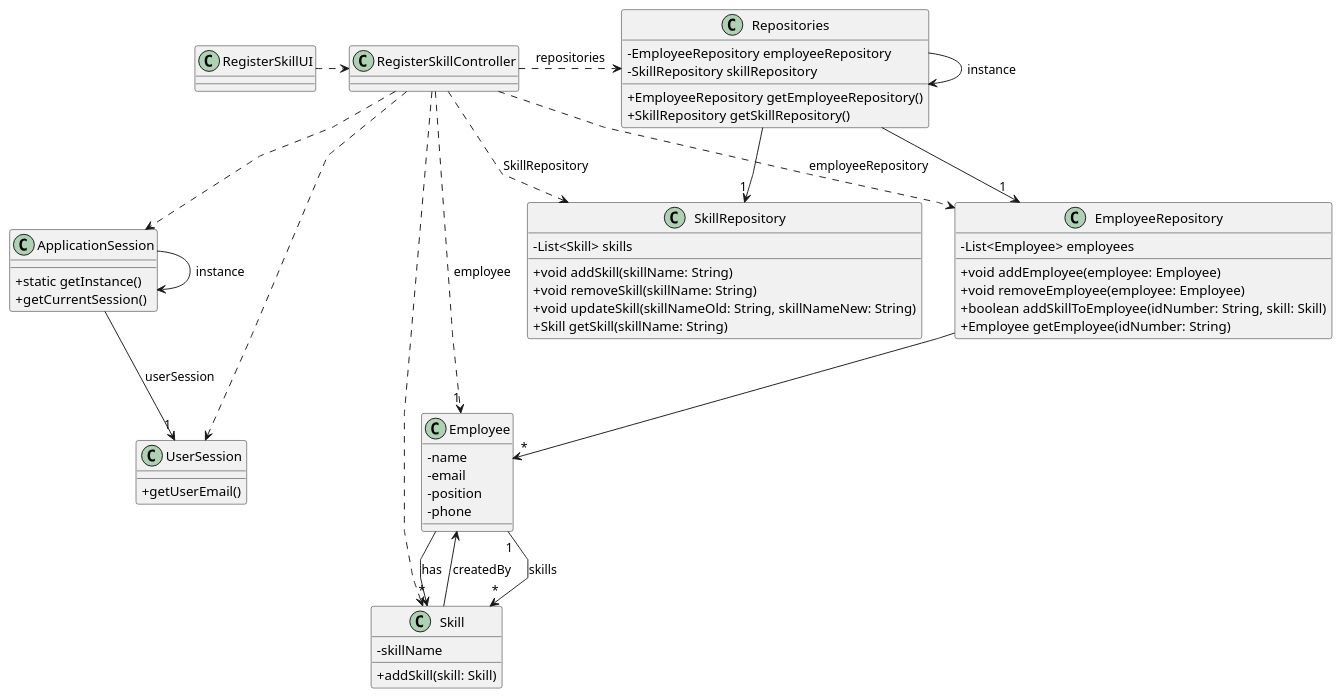
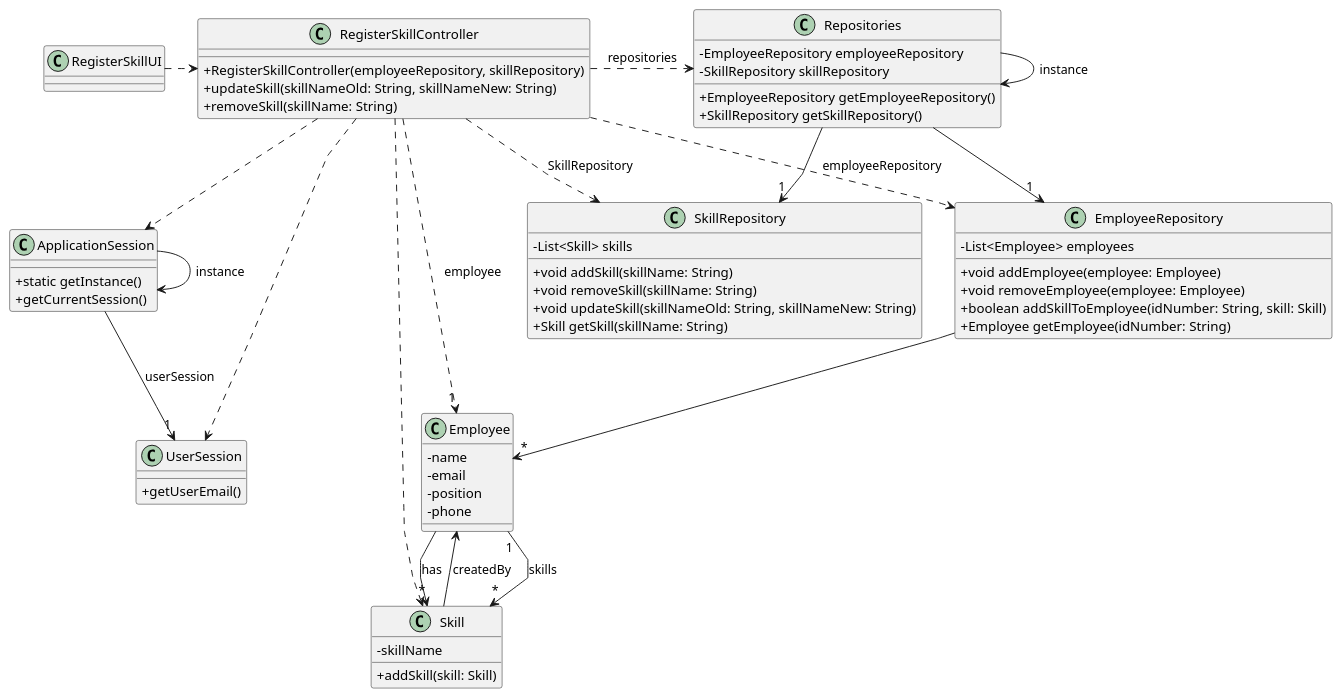
The diagram in docs/sprintA/us001/03.design/puml/us001-class-diagram.puml (Departamento-de-Engenharia-Informatica/greenspace-management), drawn with PlantUML before and after one commit. The commit also changed 1 other file, not shown here.

```diff
--- a/docs/sprintA/us001/03.design/puml/us001-class-diagram.puml
+++ b/docs/sprintA/us001/03.design/puml/us001-class-diagram.puml
@@ -1,99 +1,103 @@
 @startuml
 
 'skinparam monochrome true
 skinparam packageStyle rectangle
 skinparam shadowing false
 skinparam linetype polyline
 'skinparam linetype orto
 
 skinparam classAttributeIconSize 0
 
 'left to right direction
 
 class ApplicationSession
 {
     + static getInstance()
     + getCurrentSession()
 }
 
 class UserSession
 {
     + getUserEmail()
 }
 
 class Employee {
     - name
     - email
     - position
     - phone
 }
 
 class Skill {
     - skillName
 
     + addSkill(skill: Skill)
 }
 
 class SkillRepository{
     - List<Skill> skills
 
     + void addSkill(skillName: String)
     + void removeSkill(skillName: String)
     + void updateSkill(skillNameOld: String, skillNameNew: String)
     + Skill getSkill(skillName: String)
 }
 
 
 
 class RegisterSkillUI {
 }
 
 class Repositories{
     - EmployeeRepository employeeRepository
     - SkillRepository skillRepository
 
     + EmployeeRepository getEmployeeRepository()
     + SkillRepository getSkillRepository()
 }
 
 class EmployeeRepository{
     - List<Employee> employees
 
     + void addEmployee(employee: Employee)
     + void removeEmployee(employee: Employee)
     + boolean addSkillToEmployee(idNumber: String, skill: Skill)
     + Employee getEmployee(idNumber: String)
 }
 
 
-
+class RegisterSkillController {
+    + RegisterSkillController(employeeRepository, skillRepository)
+    + updateSkill(skillNameOld: String, skillNameNew: String)
+    + removeSkill(skillName: String)
+}
 
 
 
 Repositories -> Repositories : instance
 ApplicationSession -> ApplicationSession : instance
 
 RegisterSkillUI .> RegisterSkillController
 
 RegisterSkillController .> Repositories : repositories
 
 Repositories -> "1" SkillRepository
 
 RegisterSkillController ..> Skill
 RegisterSkillController ..> EmployeeRepository : employeeRepository
 RegisterSkillController ..> SkillRepository : SkillRepository
 
 Repositories --> "1" EmployeeRepository
 
 EmployeeRepository --> "*" Employee
 ApplicationSession --> "1" UserSession : userSession
 
 RegisterSkillController ..> "1" Employee : employee
 RegisterSkillController ..> ApplicationSession
 RegisterSkillController ..> UserSession
 Employee "1" --> "*" Skill : skills
 Skill --> Employee : createdBy
 
 Employee --> "*" Skill : has
 
 @enduml
```
